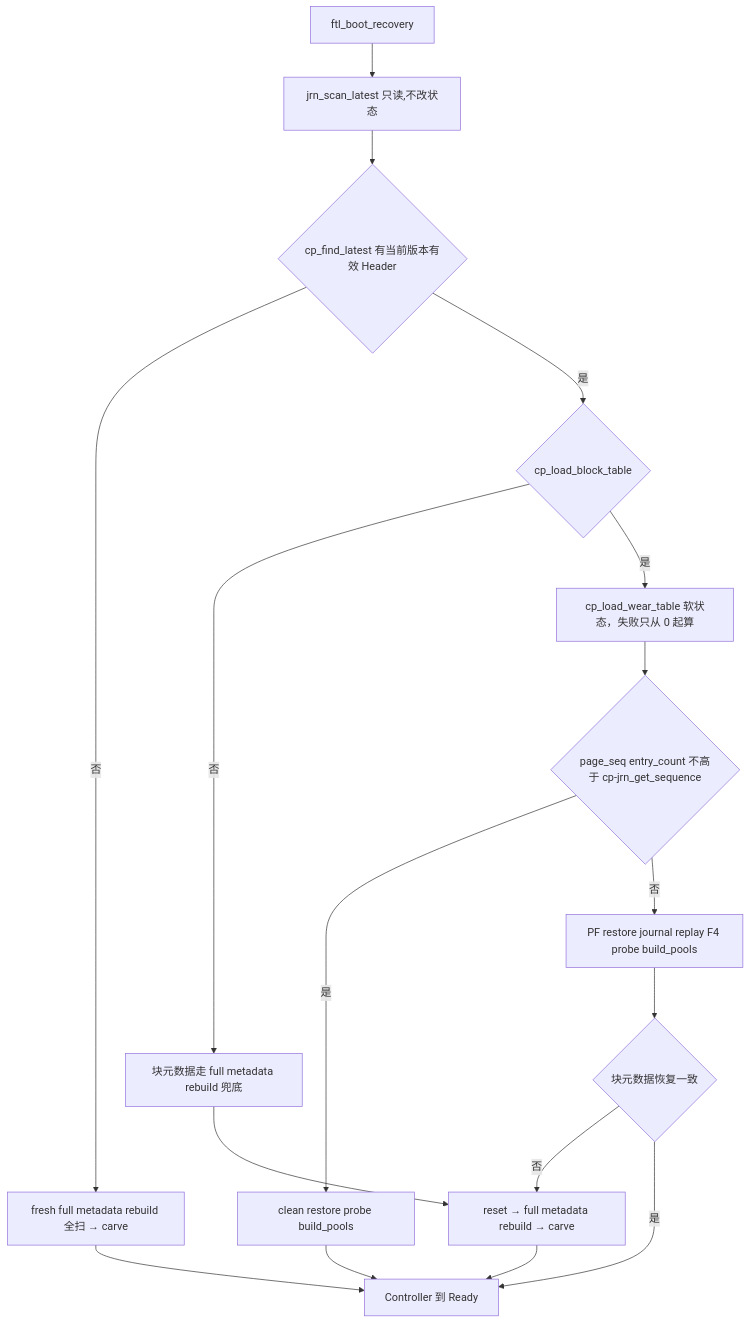
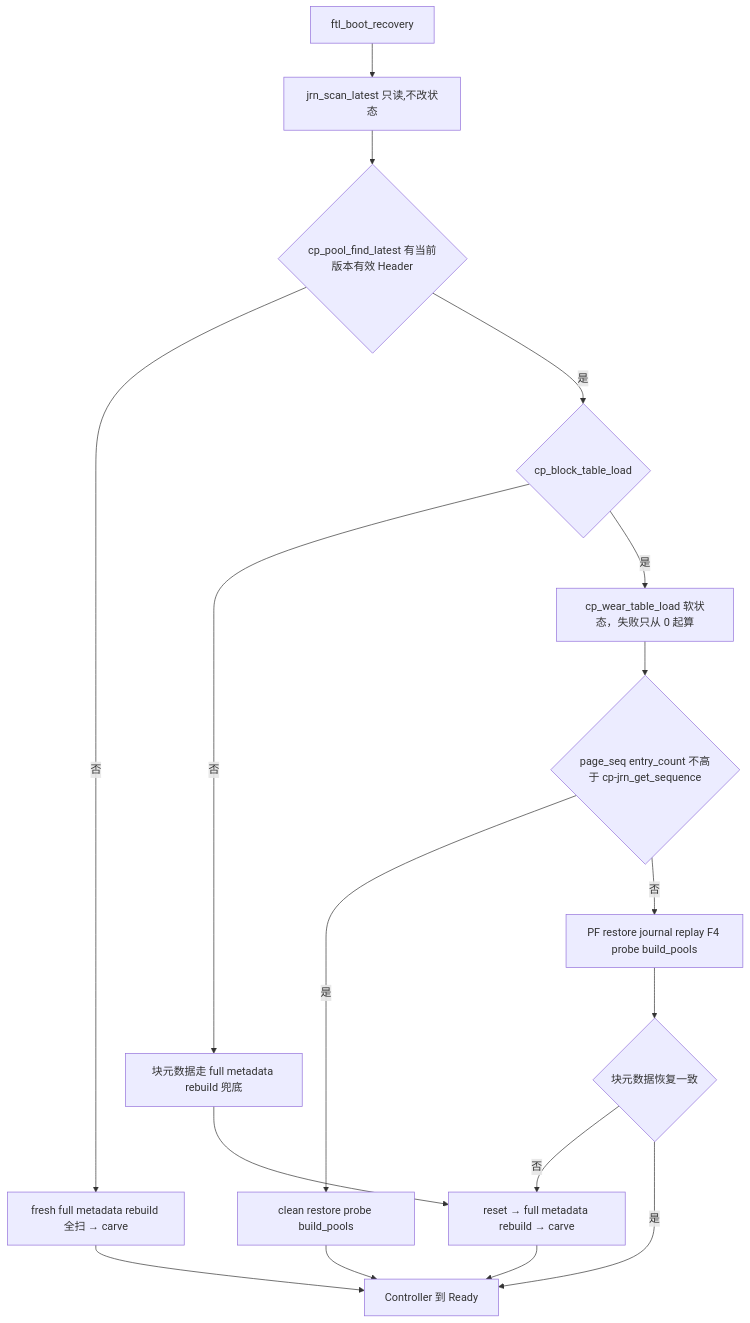
One commit to YzYMIAO/BASESSD changed the sixth of 32 diagrams in docs/design/ftl_design.md. Above: the diagram before and after it, drawn with Mermaid. The commit also changed other lines of this file and 14 other files, not shown here.

````diff
--- a/docs/design/ftl_design.md
+++ b/docs/design/ftl_design.md
@@ -1156,19 +1156,19 @@
 ```mermaid
 flowchart TD
     BOOT["ftl_boot_recovery"] --> LATEST["jrn_scan_latest 只读,不改状态"]
-    LATEST --> FIND{"cp_find_latest 有当前版本有效 Header"}
+    LATEST --> FIND{"cp_pool_find_latest 有当前版本有效 Header"}
     FIND -- "否" --> FRESH["fresh full metadata rebuild 全扫 → carve"]
-    FIND -- "是" --> LOAD{"cp_load_block_table"}
+    FIND -- "是" --> LOAD{"cp_block_table_load"}
     LOAD -- "否" --> PFALL["块元数据走 full metadata rebuild 兜底"]
-    LOAD -- "是" --> WEAR["cp_load_wear_table 软状态，失败只从 0 起算"]
+    LOAD -- "是" --> WEAR["cp_wear_table_load 软状态，失败只从 0 起算"]
     WEAR --> JUDGE{"page_seq entry_count 不高于 cp-jrn_get_sequence"}
     JUDGE -- "是" --> CLEAN["clean restore probe build_pools"]
     JUDGE -- "否" --> PF["PF restore journal replay F4 probe build_pools"]
     PFALL --> FULL_SCAN["reset → full metadata rebuild → carve"]
     PF --> PFOk{"块元数据恢复一致"}
     PFOk -- "否" --> FULL_SCAN
     PFOk -- "是" --> READY["Controller 到 Ready"]
     CLEAN --> READY
     FRESH --> READY
     FULL_SCAN --> READY
 ```
````
